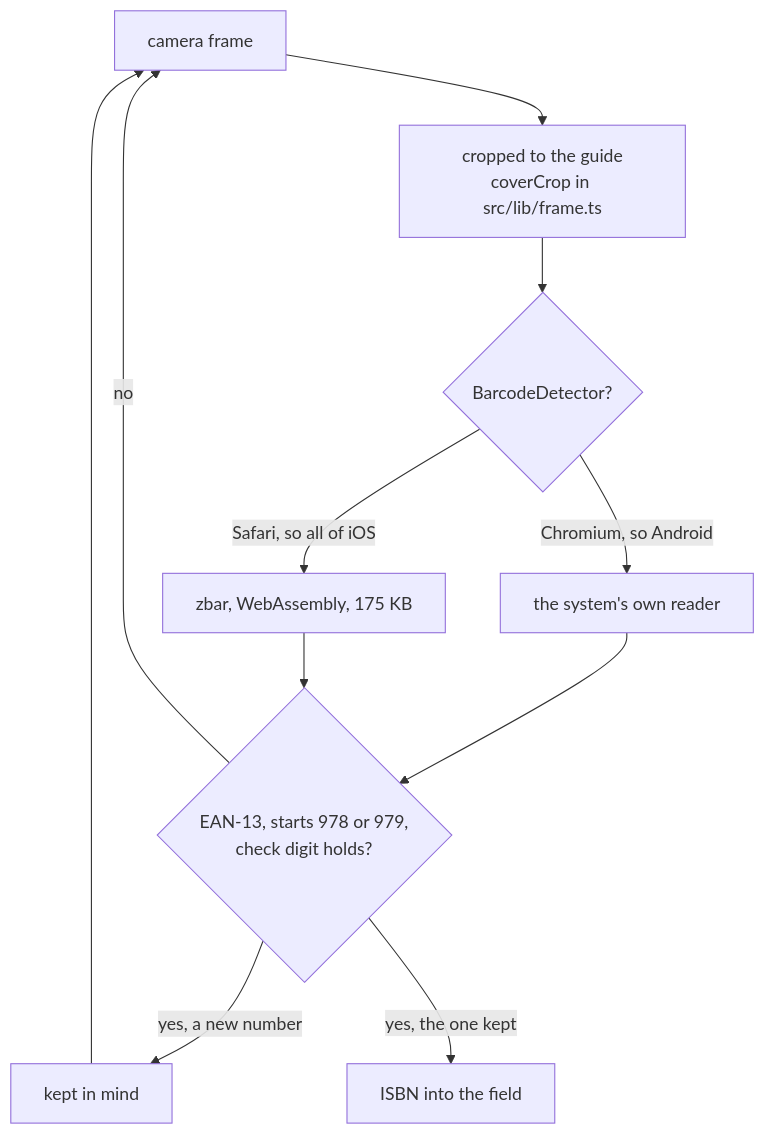
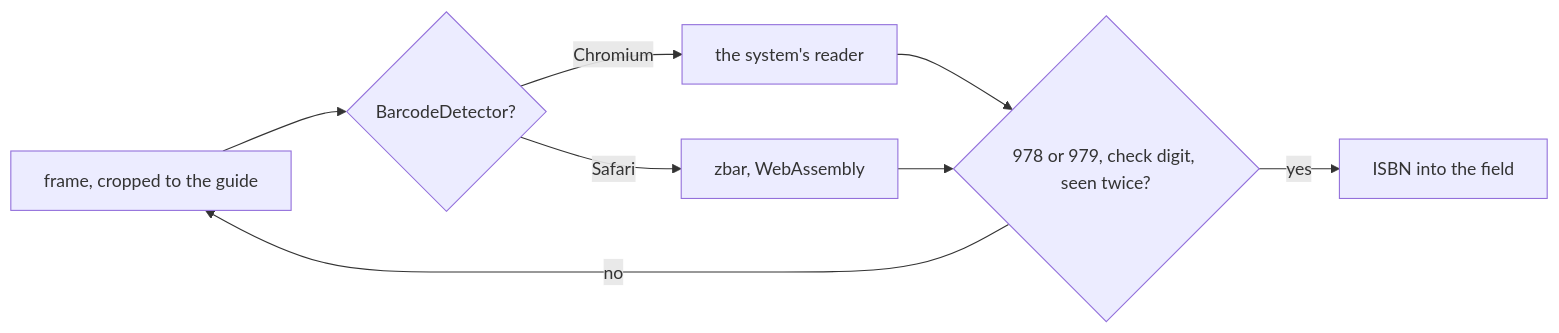
The second of 2 diagrams in README.md (MiaMarmeladenbrot/books), drawn with Mermaid before and after one commit. The commit also changed other lines of this file, not shown here.

````diff
--- a/README.md
+++ b/README.md
@@ -161,13 +178,10 @@
 ```mermaid
-flowchart TD
-  CAM["camera frame"] --> CROP["cropped to the guide<br/>coverCrop in src/lib/frame.ts"]
-  CROP --> DEC{"BarcodeDetector?"}
-  DEC -->|"Chromium, so Android"| NAT["the system's own reader"]
-  DEC -->|"Safari, so all of iOS"| ZBAR["zbar, WebAssembly, 175 KB"]
-  NAT --> CHK{"EAN-13, starts 978 or 979,<br/>check digit holds?"}
+flowchart LR
+  CAM["frame, cropped to the guide"] --> DEC{"BarcodeDetector?"}
+  DEC -->|"Chromium"| NAT["the system's reader"]
+  DEC -->|"Safari"| ZBAR["zbar, WebAssembly"]
+  NAT --> CHK{"978 or 979, check digit, seen twice?"}
   ZBAR --> CHK
   CHK -->|no| CAM
-  CHK -->|"yes, a new number"| KEEP["kept in mind"]
-  KEEP --> CAM
-  CHK -->|"yes, the one kept"| OUT["ISBN into the field"]
+  CHK -->|yes| OUT["ISBN into the field"]
 ```
````
